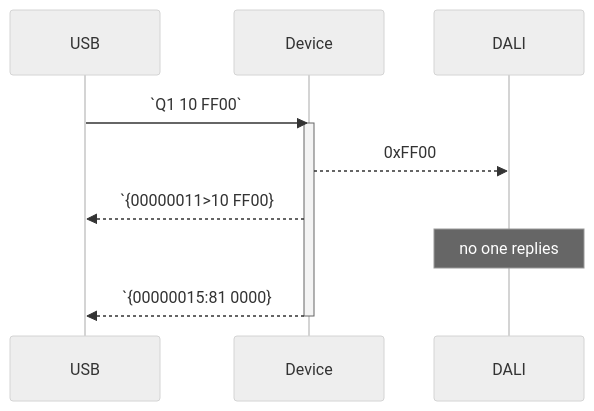
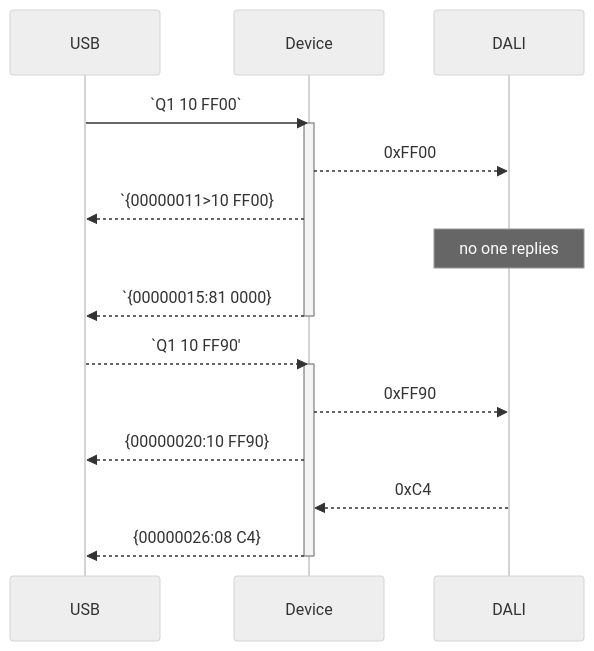
One commit to SvenHaedrich/dali_usb_lpc1114 changed the second of 2 diagrams in doc/messages.md. Above: the diagram before and after it, drawn with Mermaid (neutral theme).

Commit message:
add diagram for query with valid backframe

````diff
--- a/doc/messages.md
+++ b/doc/messages.md
@@ -48,13 +48,20 @@
 ```mermaid
 sequenceDiagram
     participant USB
     participant Device
     participant DALI
     USB ->> Device: `Q1 10 FF00`
     activate Device
     Device -->> DALI: 0xFF00
     Device -->> USB: `{00000011>10 FF00}
     Note over DALI: no one replies 
     Device -->> USB: `{00000015:81 0000}
     deactivate Device
+    USB -->> Device: `Q1 10 FF90' 
+    activate Device
+    Device -->> DALI: 0xFF90
+    Device -->> USB: {00000020:10 FF90}
+    DALI -->> Device: 0xC4
+    Device -->> USB: {00000026:08 C4}
+    deactivate Device
 ```
````
